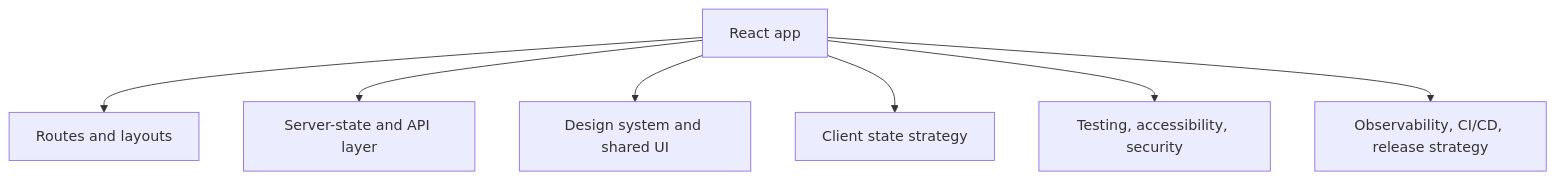
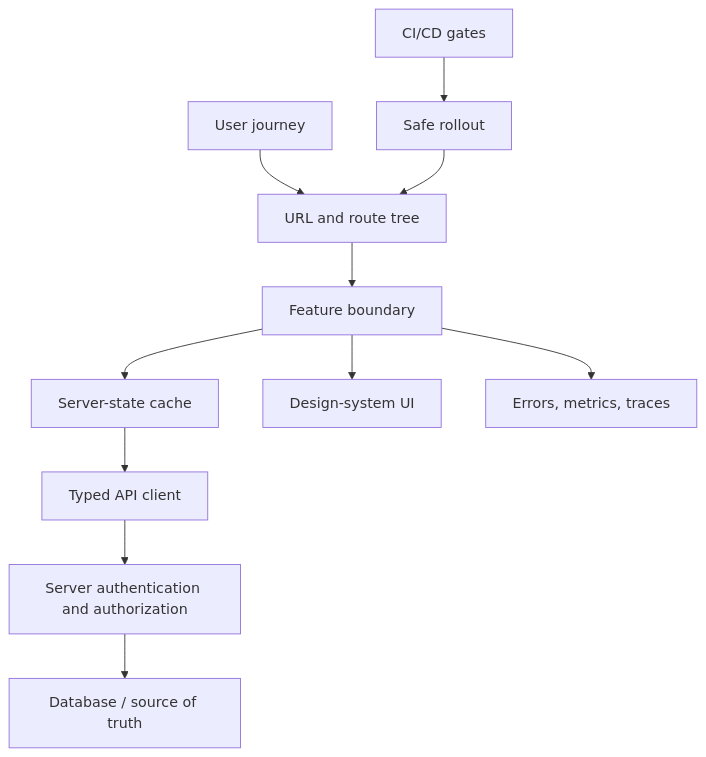
The diagram in src/react/senior-scenarios.md (ranjeet-h/frontend-interview-preparation), drawn with Mermaid before and after one commit. The commit also changed other lines of this file, not shown here.

Commit message:
docs: rewrite React senior scenarios chapter

````diff
--- a/src/react/senior-scenarios.md
+++ b/src/react/senior-scenarios.md
@@ -24,9 +39,13 @@
-```mermaid
+~~~mermaid
 flowchart TD
-  App["React app"] --> Routes["Routes and layouts"]
-  App --> Data["Server-state and API layer"]
-  App --> UI["Design system and shared UI"]
-  App --> State["Client state strategy"]
-  App --> Quality["Testing, accessibility, security"]
-  App --> Ops["Observability, CI/CD, release strategy"]
-```
+  User["User journey"] --> Router["URL and route tree"]
+  Router --> Feature["Feature boundary"]
+  Feature --> Query["Server-state cache"]
+  Query --> API["Typed API client"]
+  API --> Server["Server authentication and authorization"]
+  Server --> DB["Database / source of truth"]
+  Feature --> UI["Design-system UI"]
+  Feature --> Telemetry["Errors, metrics, traces"]
+  CI["CI/CD gates"] --> Release["Safe rollout"]
+  Release --> Router
+~~~
````
